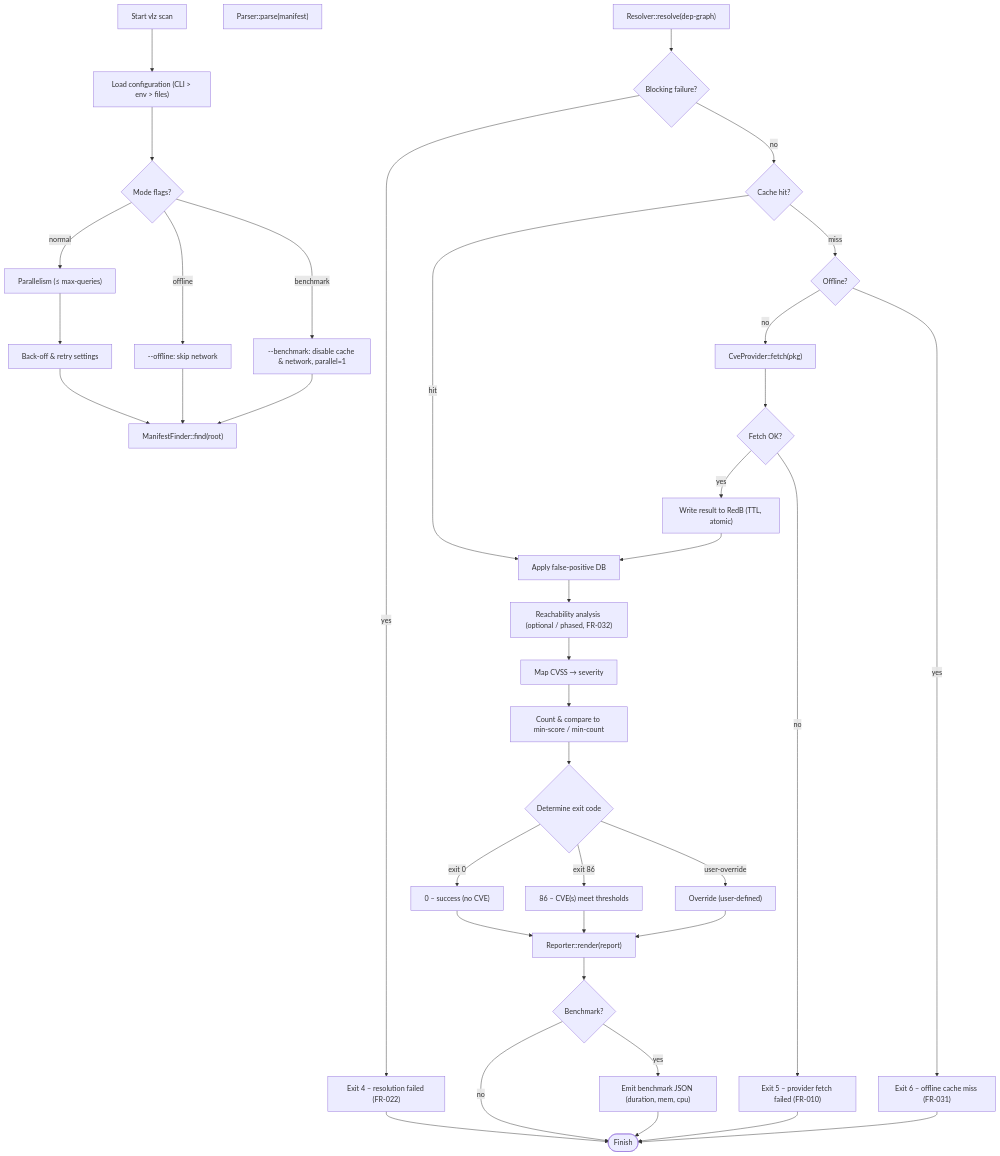
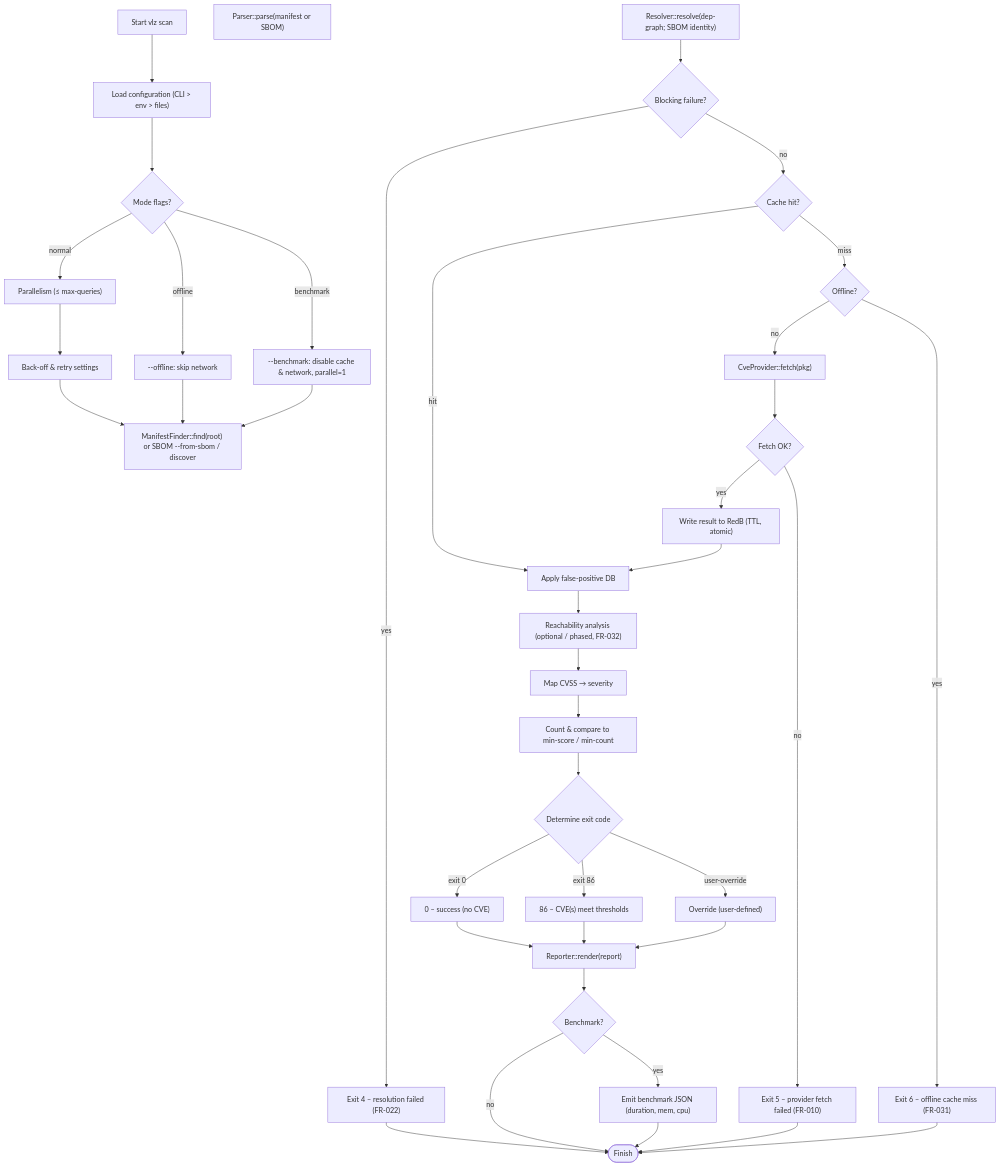
The diagram in architecture/execution-flow.mmd (verilyze/verilyze), drawn with Mermaid before and after one commit. The commit also changed 36 other files, not shown here.

```diff
--- a/architecture/execution-flow.mmd
+++ b/architecture/execution-flow.mmd
@@ -1,80 +1,80 @@
 flowchart TD
     %% Entry point
     Start["Start vlz scan"]
 
     %% Configuration & environment
     Config["Load configuration (CLI > env > files)"]
     ModeCheck{"Mode flags?"}
     Offline["--offline: skip network"]
     Benchmark["--benchmark: disable cache & network, parallel=1"]
     BenchmarkCheck{"Benchmark?"}
     ParallelCfg["Parallelism (≤ max‑queries)"]
     BackoffCfg["Back‑off & retry settings"]
 
     %% Scanning phases
-    Find["ManifestFinder::find(root)"]
-    Parse["Parser::parse(manifest)"]
-    Resolve["Resolver::resolve(dep‑graph)"]
+    Find["ManifestFinder::find(root) or SBOM --from-sbom / discover"]
+    Parse["Parser::parse(manifest or SBOM)"]
+    Resolve["Resolver::resolve(dep-graph; SBOM identity)"]
     Reachability["Reachability analysis (optional / phased, FR-032)"]
 
     %% Cache handling
     CacheCheck{Cache hit?}
 
     %% Offline handling
     OfflineCheck{Offline?}
 
     %% Post‑lookup processing
     FPFilter["Apply false‑positive DB"]
     Severity["Map CVSS → severity"]
     Threshold["Count & compare to min‑score / min‑count"]
 
     %% Exit‑code logic
     ExitDecision{"Determine exit code"}
     ExitNormal["0 – success (no CVE)"]
     ExitCVE["86 – CVE(s) meet thresholds"]
     ExitOverride["Override (user‑defined)"]
 
     %% Reporting
     Report["Reporter::render(report)"]
     BenchReport["Emit benchmark JSON (duration, mem, cpu)"]
 
     %% Finish
     End([Finish])
 
     %% Flow connections
     Start --> Config --> ModeCheck
     ModeCheck -- normal --> ParallelCfg
     ModeCheck -- offline --> Offline
     ModeCheck -- benchmark --> Benchmark
 
     ParallelCfg --> BackoffCfg --> Find
     Offline --> Find
     Benchmark --> Find
 
     Resolve --> ResolveOK{Blocking failure?}
     ResolveOK -- yes --> ResolveError["Exit 4 – resolution failed (FR-022)"]
     ResolveError --> End
     ResolveOK -- no --> CacheCheck
 
     CacheCheck -- hit --> FPFilter
     CacheCheck -- miss --> OfflineCheck
     OfflineCheck -- no --> Query["CveProvider::fetch(pkg)"]
     Query --> QueryResult{Fetch OK?}
     QueryResult -- yes --> CacheWrite["Write result to RedB (TTL, atomic)"] --> FPFilter
     QueryResult -- no --> FetchError["Exit 5 – provider fetch failed (FR-010)"]
     FetchError --> End
     OfflineCheck -- yes --> OfflineError["Exit 6 – offline cache miss (FR-031)"]
     OfflineError --> End
 
     FPFilter --> Reachability --> Severity --> Threshold --> ExitDecision
     ExitDecision -- exit 0 --> ExitNormal
     ExitDecision -- exit 86 --> ExitCVE
     ExitDecision -- user‑override --> ExitOverride
 
     ExitNormal --> Report
     ExitCVE --> Report
     ExitOverride --> Report
 
     Report --> BenchmarkCheck
     BenchmarkCheck -- no --> End
     BenchmarkCheck -- yes --> BenchReport --> End
```
